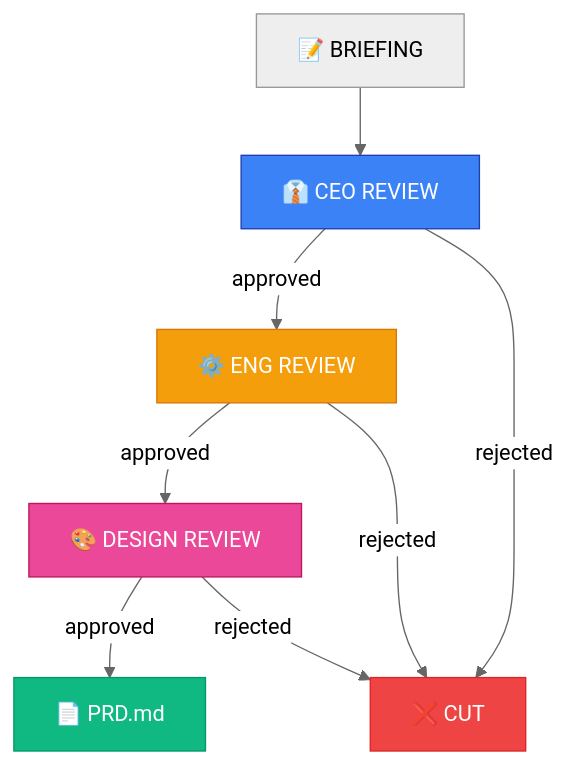
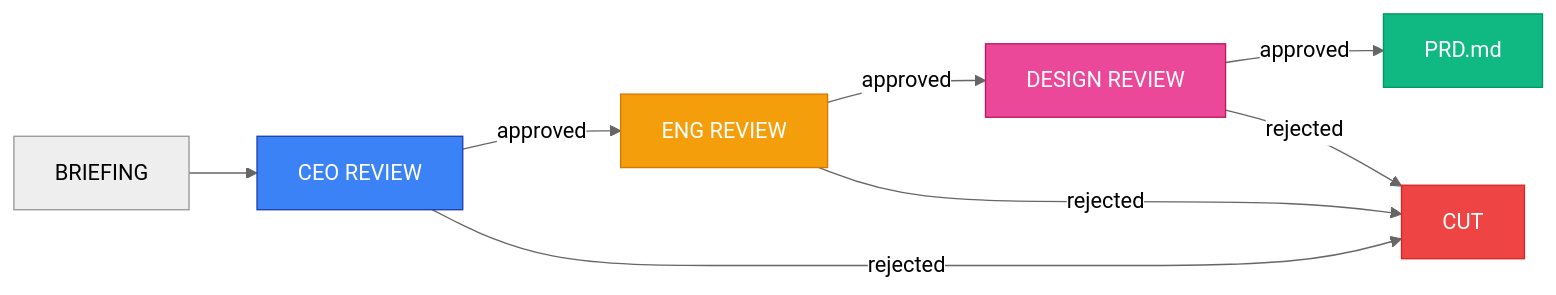
Before and after one commit to pauloarthurrocha/OneManAgency: the second of 3 diagrams in README.md, drawn with Mermaid (neutral theme). The commit also changed other lines of this file, not shown here.

Commit message:
fix: lateralize diagrams, remove emojis from mermaid labels, improve copywriting

````diff
--- a/README.md
+++ b/README.md
@@ -55,16 +65,16 @@
 ```mermaid
-graph TD
-    BRIEFING["📝 BRIEFING"] --> CEO["👔 CEO REVIEW"]
-    CEO -->|approved| ENG["⚙️ ENG REVIEW"]
-    CEO -->|rejected| CUT["❌ CUT"]
-    ENG -->|approved| DESIGN["🎨 DESIGN REVIEW"]
+graph LR
+    BRIEFING --> CEO["CEO REVIEW"]
+    CEO -->|approved| ENG["ENG REVIEW"]
+    CEO -->|rejected| CUT["CUT"]
+    ENG -->|approved| DESIGN["DESIGN REVIEW"]
     ENG -->|rejected| CUT
-    DESIGN -->|approved| PRD["📄 PRD.md"]
+    DESIGN -->|approved| PRD["PRD.md"]
     DESIGN -->|rejected| CUT
 
     style CEO fill:#3b82f6,stroke:#1e40af,color:#fff
     style ENG fill:#f59e0b,stroke:#d97706,color:#fff
     style DESIGN fill:#ec4899,stroke:#be185d,color:#fff
     style PRD fill:#10b981,stroke:#059669,color:#fff
     style CUT fill:#ef4444,stroke:#dc2626,color:#fff
 ```
````
